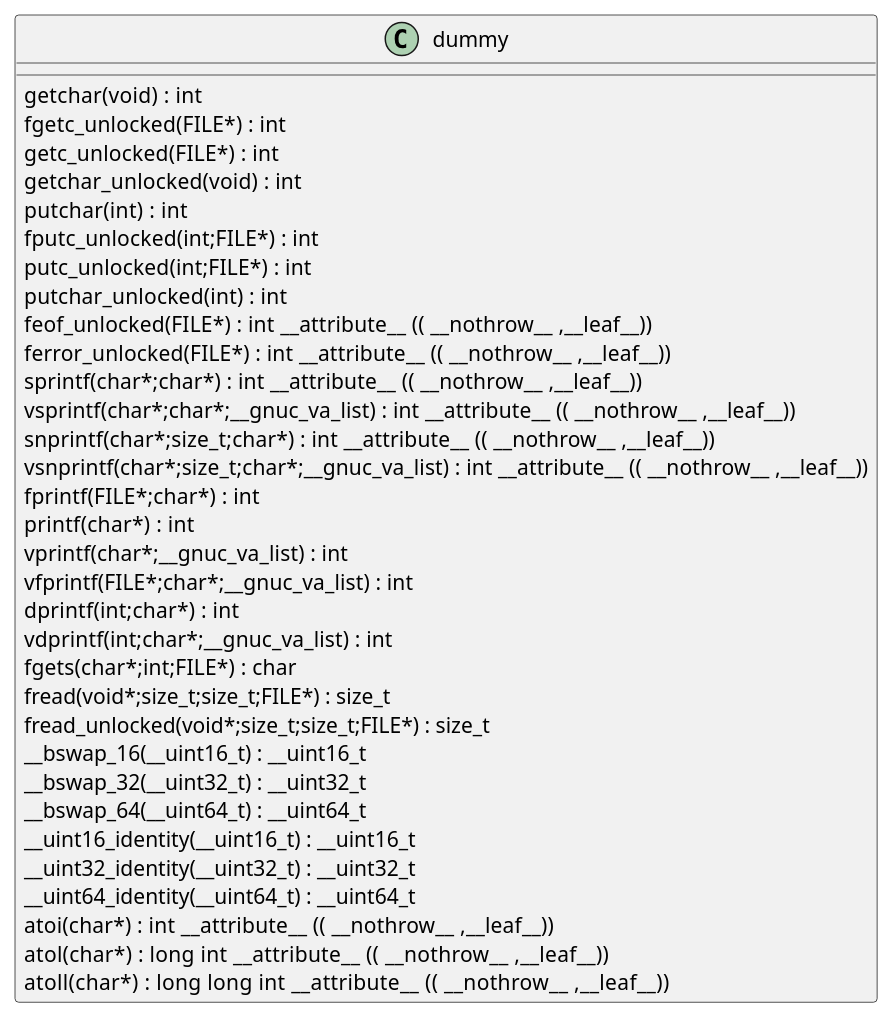
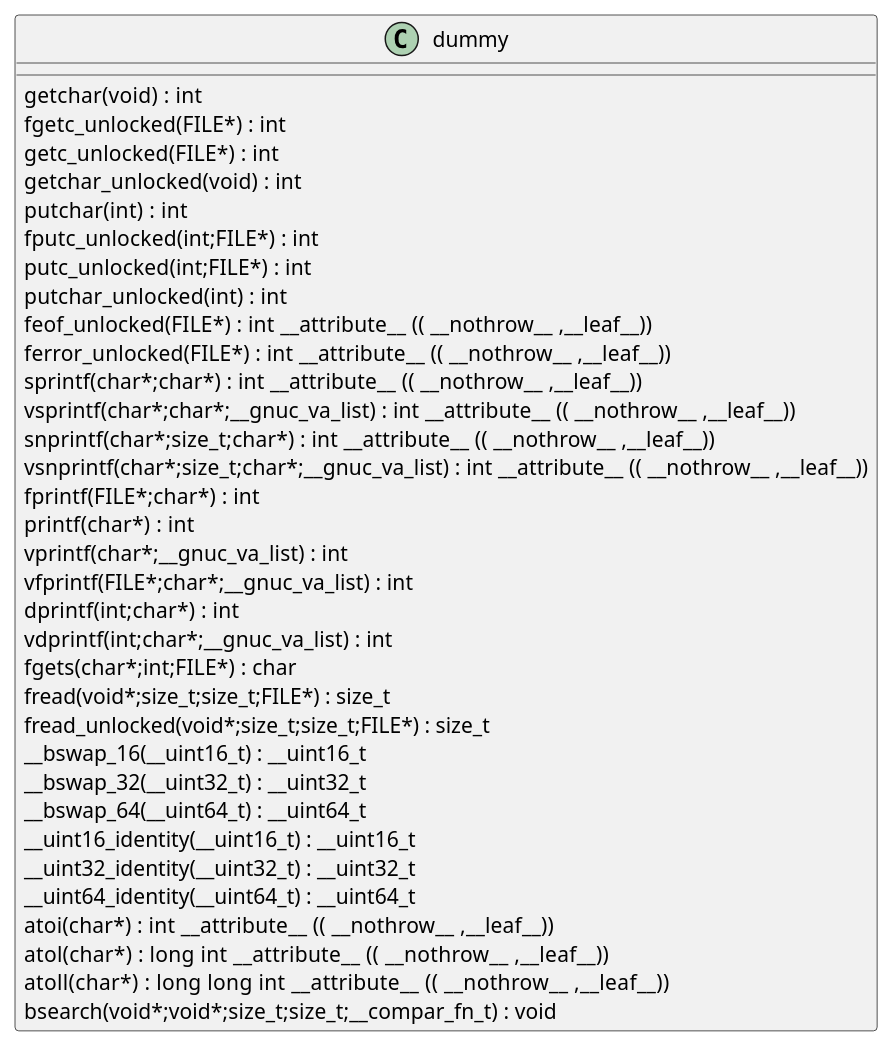
Before and after one commit to qualitesys/openssl: the diagram in docs/qc/crypto/asn1/a_verify.c.puml, drawn with PlantUML. The commit also changed 5123 other files, not shown here.

```diff
--- a/docs/qc/crypto/asn1/a_verify.c.puml
+++ b/docs/qc/crypto/asn1/a_verify.c.puml
@@ -1,37 +1,38 @@
 @startuml
 !pragma layout smetana
 class dummy {
 getchar(void) :  int  [[[./../../.././qc/crypto/asn1/a_verify.c.html#742]]]
 fgetc_unlocked(FILE*) :  int  [[[./../../.././qc/crypto/asn1/a_verify.c.html#751]]]
 getc_unlocked(FILE*) :  int  [[[./../../.././qc/crypto/asn1/a_verify.c.html#761]]]
 getchar_unlocked(void) :  int  [[[./../../.././qc/crypto/asn1/a_verify.c.html#768]]]
 putchar(int) :  int  [[[./../../.././qc/crypto/asn1/a_verify.c.html#777]]]
 fputc_unlocked(int;FILE*) :  int  [[[./../../.././qc/crypto/asn1/a_verify.c.html#786]]]
 putc_unlocked(int;FILE*) :  int  [[[./../../.././qc/crypto/asn1/a_verify.c.html#796]]]
 putchar_unlocked(int) :  int  [[[./../../.././qc/crypto/asn1/a_verify.c.html#803]]]
 feof_unlocked(FILE*) :  int  __attribute__ (( __nothrow__ ,__leaf__)) [[[./../../.././qc/crypto/asn1/a_verify.c.html#809]]]
 ferror_unlocked(FILE*) :  int  __attribute__ (( __nothrow__ ,__leaf__)) [[[./../../.././qc/crypto/asn1/a_verify.c.html#816]]]
 sprintf(char*;char*) :  int  __attribute__ (( __nothrow__ ,__leaf__)) [[[./../../.././qc/crypto/asn1/a_verify.c.html#835]]]
 vsprintf(char*;char*;__gnuc_va_list) :  int  __attribute__ (( __nothrow__ ,__leaf__)) [[[./../../.././qc/crypto/asn1/a_verify.c.html#848]]]
 snprintf(char*;size_t;char*) :  int  __attribute__ (( __nothrow__ ,__leaf__)) [[[./../../.././qc/crypto/asn1/a_verify.c.html#867]]]
 vsnprintf(char*;size_t;char*;__gnuc_va_list) :  int  __attribute__ (( __nothrow__ ,__leaf__)) [[[./../../.././qc/crypto/asn1/a_verify.c.html#881]]]
 fprintf(FILE*;char*) :  int  [[[./../../.././qc/crypto/asn1/a_verify.c.html#902]]]
 printf(char*) :  int  [[[./../../.././qc/crypto/asn1/a_verify.c.html#909]]]
 vprintf(char*;__gnuc_va_list) :  int  [[[./../../.././qc/crypto/asn1/a_verify.c.html#921]]]
 vfprintf(FILE*;char*;__gnuc_va_list) :  int  [[[./../../.././qc/crypto/asn1/a_verify.c.html#931]]]
 dprintf(int;char*) :  int  [[[./../../.././qc/crypto/asn1/a_verify.c.html#946]]]
 vdprintf(int;char*;__gnuc_va_list) :  int  [[[./../../.././qc/crypto/asn1/a_verify.c.html#957]]]
 fgets(char*;int;FILE*) :  char  [[[./../../.././qc/crypto/asn1/a_verify.c.html#976]]]
 fread(void*;size_t;size_t;FILE*) : size_t [[[./../../.././qc/crypto/asn1/a_verify.c.html#1002]]]
 fread_unlocked(void*;size_t;size_t;FILE*) : size_t [[[./../../.././qc/crypto/asn1/a_verify.c.html#1029]]]
 __bswap_16(__uint16_t) : __uint16_t [[[./../../.././qc/crypto/asn1/a_verify.c.html#1453]]]
 __bswap_32(__uint32_t) : __uint32_t [[[./../../.././qc/crypto/asn1/a_verify.c.html#1468]]]
 __bswap_64(__uint64_t) : __uint64_t [[[./../../.././qc/crypto/asn1/a_verify.c.html#1478]]]
 __uint16_identity(__uint16_t) : __uint16_t [[[./../../.././qc/crypto/asn1/a_verify.c.html#1490]]]
 __uint32_identity(__uint32_t) : __uint32_t [[[./../../.././qc/crypto/asn1/a_verify.c.html#1496]]]
 __uint64_identity(__uint64_t) : __uint64_t [[[./../../.././qc/crypto/asn1/a_verify.c.html#1502]]]
 atoi(char*) :  int  __attribute__ (( __nothrow__ ,__leaf__)) [[[./../../.././qc/crypto/asn1/a_verify.c.html#1968]]]
 atol(char*) :  long  int  __attribute__ (( __nothrow__ ,__leaf__)) [[[./../../.././qc/crypto/asn1/a_verify.c.html#1973]]]
 atoll(char*) :  long  long  int  __attribute__ (( __nothrow__ ,__leaf__)) [[[./../../.././qc/crypto/asn1/a_verify.c.html#1980]]]
+bsearch(void*;void*;size_t;size_t;__compar_fn_t) :  void  [[[./../../.././qc/crypto/asn1/a_verify.c.html#2297]]]
 } 
 @enduml
```
